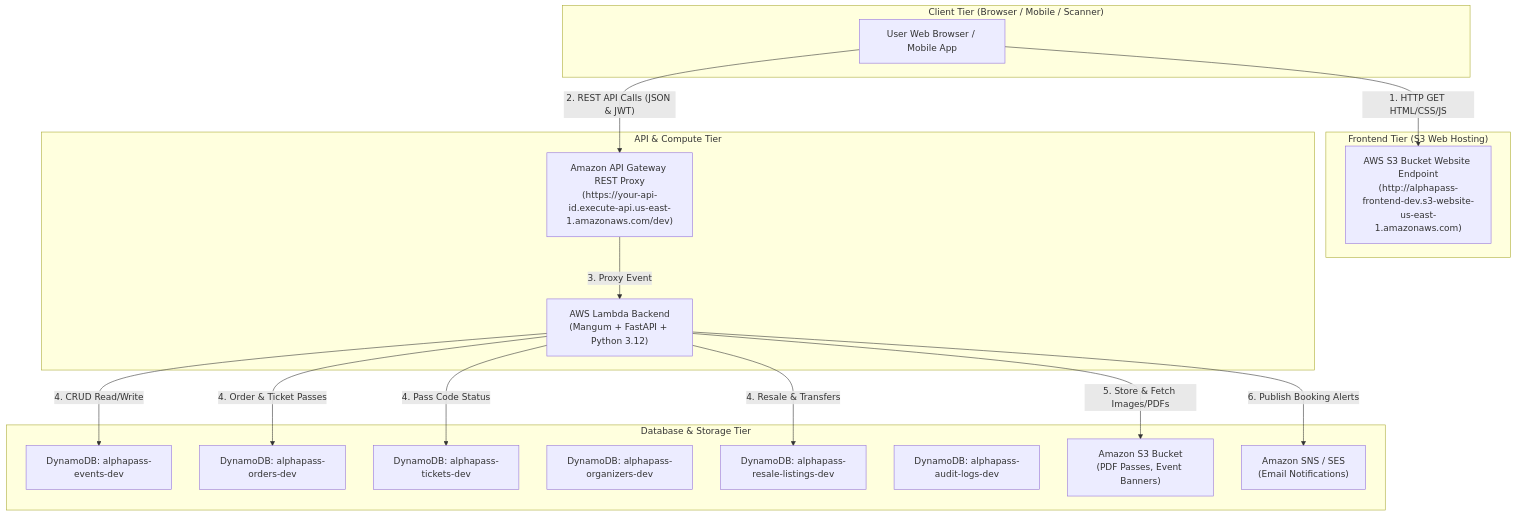
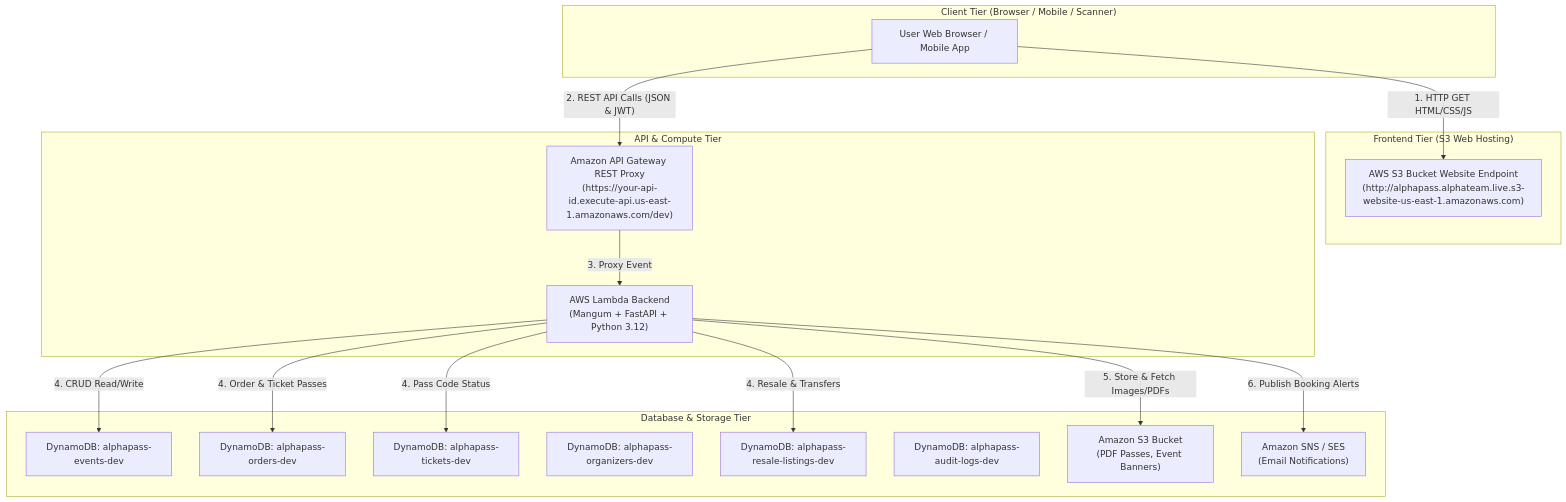
The diagram in docs/integration.md (Azubi-Team-Alpha/event-ticketing--alphapass), drawn with Mermaid before and after one commit. The commit also changed 7 other files, not shown here.

Commit message:
feat: rename S3 bucket to match custom domain alphapass.alphateam.live and update infrastructure and documentation accordingly

````diff
--- a/docs/integration.md
+++ b/docs/integration.md
@@ -11,36 +11,36 @@
 ```mermaid
 flowchart TD
     subgraph ClientLayer ["Client Tier (Browser / Mobile / Scanner)"]
         UserBrowser["User Web Browser / Mobile App"]
     end
 
     subgraph AWS_Static ["Frontend Tier (S3 Web Hosting)"]
-        S3_Web["AWS S3 Bucket Website Endpoint<br>(http://alphapass-frontend-dev.s3-website-us-east-1.amazonaws.com)"]
+        S3_Web["AWS S3 Bucket Website Endpoint<br>(http://alphapass.alphateam.live.s3-website-us-east-1.amazonaws.com)"]
     end
 
     subgraph AWS_API ["API & Compute Tier"]
         APIGW["Amazon API Gateway REST Proxy<br>(https://your-api-id.execute-api.us-east-1.amazonaws.com/dev)"]
         Lambda["AWS Lambda Backend<br>(Mangum + FastAPI + Python 3.12)"]
     end
 
     subgraph AWS_Data ["Database & Storage Tier"]
         DDB_Events["DynamoDB: alphapass-events-dev"]
         DDB_Orders["DynamoDB: alphapass-orders-dev"]
         DDB_Tickets["DynamoDB: alphapass-tickets-dev"]
         DDB_Users["DynamoDB: alphapass-organizers-dev"]
         DDB_Resale["DynamoDB: alphapass-resale-listings-dev"]
         DDB_Logs["DynamoDB: alphapass-audit-logs-dev"]
         S3_Assets["Amazon S3 Bucket<br>(PDF Passes, Event Banners)"]
         SNS["Amazon SNS / SES<br>(Email Notifications)"]
     end
 
     UserBrowser -->|"1. HTTP GET HTML/CSS/JS"| S3_Web
     UserBrowser -->|"2. REST API Calls (JSON & JWT)"| APIGW
     APIGW -->|"3. Proxy Event"| Lambda
     Lambda -->|"4. CRUD Read/Write"| DDB_Events
     Lambda -->|"4. Order & Ticket Passes"| DDB_Orders
     Lambda -->|"4. Pass Code Status"| DDB_Tickets
     Lambda -->|"4. Resale & Transfers"| DDB_Resale
     Lambda -->|"5. Store & Fetch Images/PDFs"| S3_Assets
     Lambda -->|"6. Publish Booking Alerts"| SNS
 ```
````
